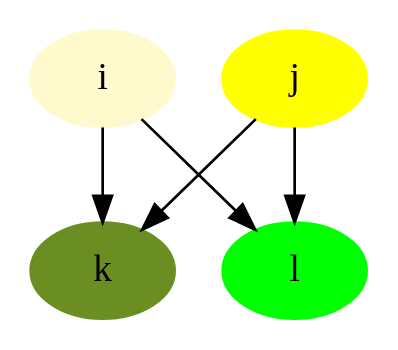
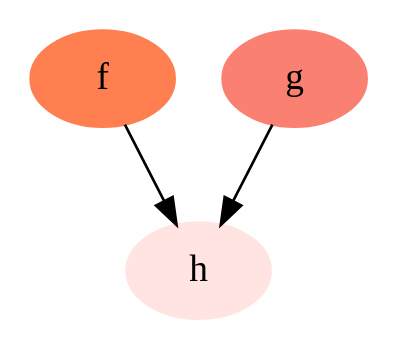
Before and after one commit to graphviz-perl/GraphViz2-Marpa-PathUtils: the diagram in data/path.set.01.out.001.gv, drawn with Graphviz. The commit also changed 8 other files, not shown here.

```diff
--- a/data/path.set.01.out.001.gv
+++ b/data/path.set.01.out.001.gv
@@ -1,27 +1,25 @@
 strict digraph path_set_01
 {
 
 	{
 
 	}
+	f[ color = "coral" style = "filled"]
+	g[ color = "salmon" style = "filled"]
+	h[ color = "mistyrose" style = "filled"]
 
 	{
+		f
+		g
+	}
+ -> h
+	{
 
-	}
-	i[ color = "lemonchiffon" style = "filled"]
-	j[ color = "yellow" style = "filled"]
-	k[ color = "olivedrab" style = "filled"]
-	l[ color = "lime" style = "filled"]
-
-	{
-		i
-		j
 	}
  ->
 	
 	{
-		k
-		l
+
 	}
 
 }
```
